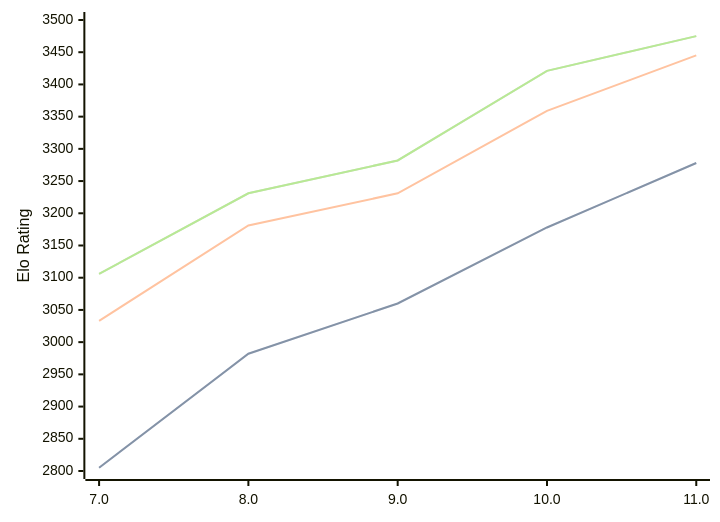
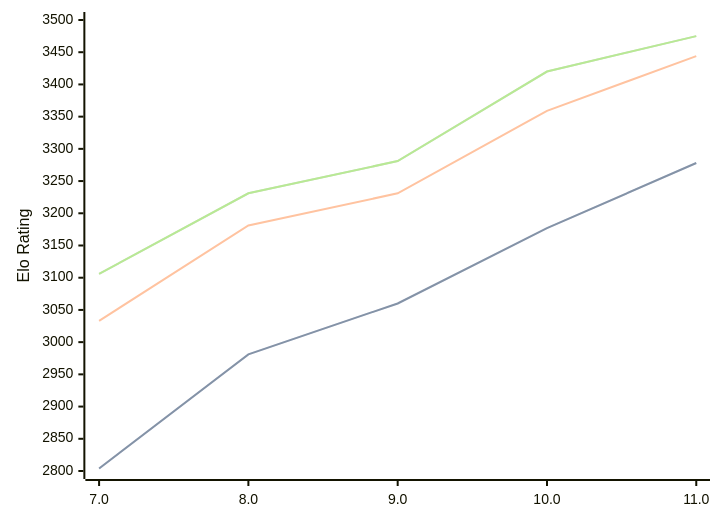
One commit to computer-chess-index/cci changed the diagram in engines/Tcheran.md. Above: the diagram before and after it, drawn with Mermaid. The commit also changed other lines of this file, not shown here.

Commit message:
Update CCI Ratings (ELO VLTC) - 2026-03-17

````diff
--- a/engines/Tcheran.md
+++ b/engines/Tcheran.md
@@ -47,11 +47,11 @@
 ```mermaid
 %%{init: {"theme":"base","themeVariables":{"seriesColors:['#a3a3a3','#222221','#faa371']}}}%%
 xychart-beta
   x-axis ["7.0", "8.0", "9.0", "10.0", "11.0"]
   y-axis "Elo Rating" 2800 --> 3500
-  line "STC (8.0+0.08s)" [2805, 2982, 3060, 3178, 3278]
-  line "STC (8.0+0.08s)" [2805, 2982, 3060, 3178, 3278]
-  line "LTC (60.0+0.60s)" [3033, 3181, 3231, 3359, 3445]
-  line "VLTC (2m24s+1.12s)" [3106, 3231, 3282, 3421, 3475]
-  line "VLTC (2m24s+1.12s)" [3106, 3231, 3282, 3421, 3475]
+  line "STC (8.0+0.08s)" [2804, 2981, 3060, 3177, 3278]
+  line "STC (8.0+0.08s)" [2804, 2981, 3060, 3177, 3278]
+  line "LTC (60.0+0.60s)" [3033, 3181, 3231, 3359, 3444]
+  line "VLTC (2m24s+1.12s)" [3106, 3231, 3281, 3420, 3475]
+  line "VLTC (2m24s+1.12s)" [3106, 3231, 3281, 3420, 3475]
 ```
````
